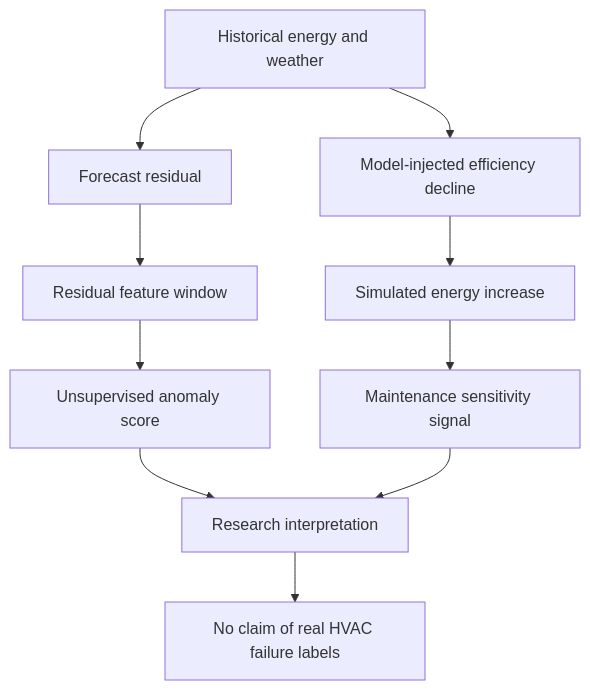
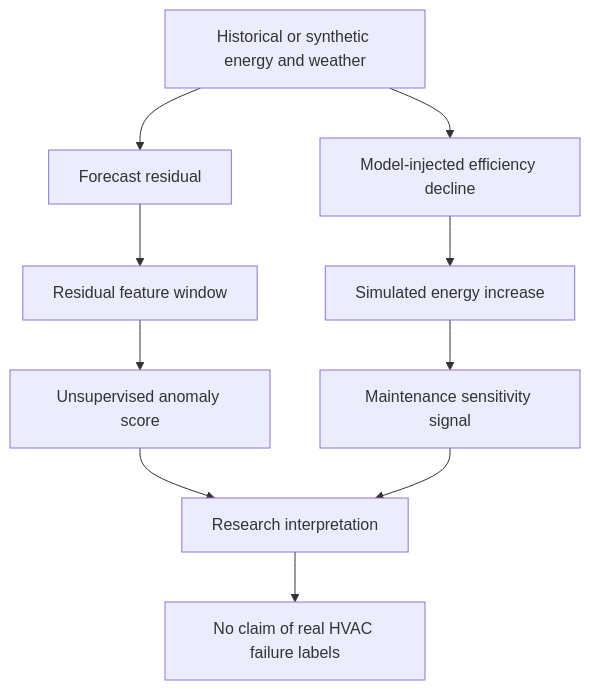
Before and after one commit to Hirakhyzer/smart-building-energy-digital-twin: the second of 2 diagrams in README.md, drawn with Mermaid. The commit also changed other lines of this file, not shown here.

Commit message:
Add immediate runnable synthetic demo to README

````diff
--- a/README.md
+++ b/README.md
@@ -181,12 +207,12 @@
 ```mermaid
 flowchart TD
-  A[Historical energy and weather] --> B[Forecast residual]
+  A[Historical or synthetic energy and weather] --> B[Forecast residual]
   B --> C[Residual feature window]
   C --> D[Unsupervised anomaly score]
   A --> E[Model-injected efficiency decline]
   E --> F[Simulated energy increase]
   F --> G[Maintenance sensitivity signal]
   D --> H[Research interpretation]
   G --> H
   H --> I[No claim of real HVAC failure labels]
 ```
````
